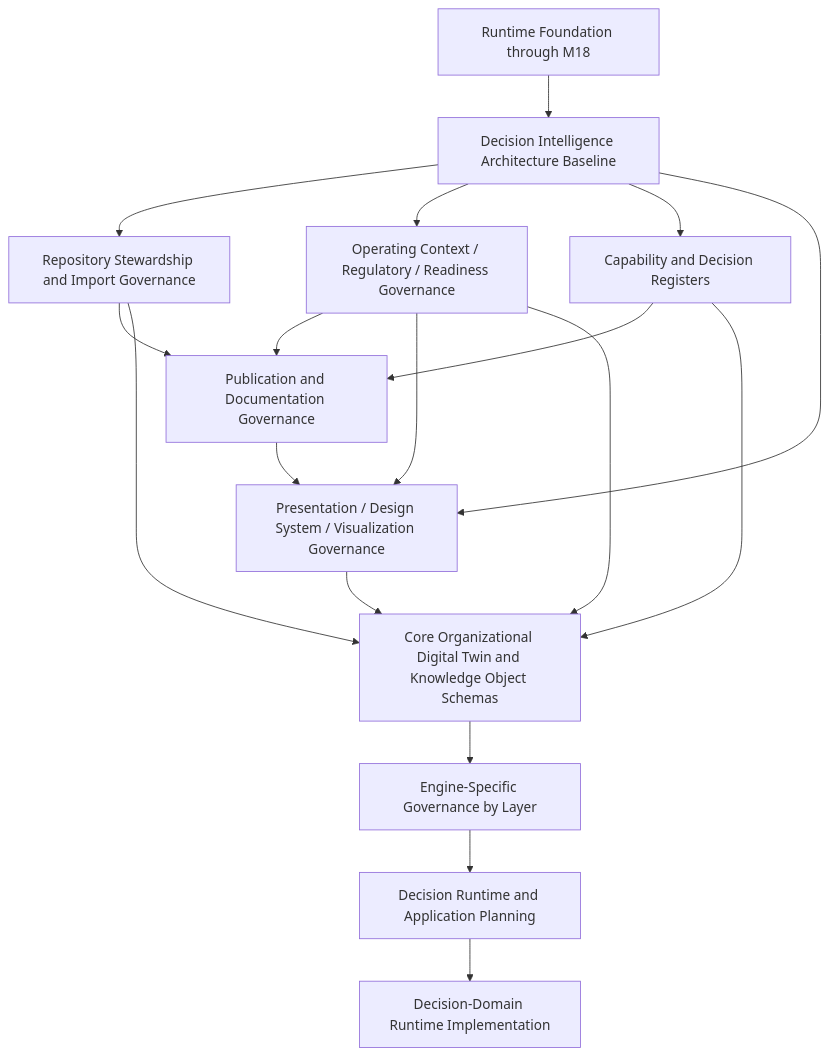
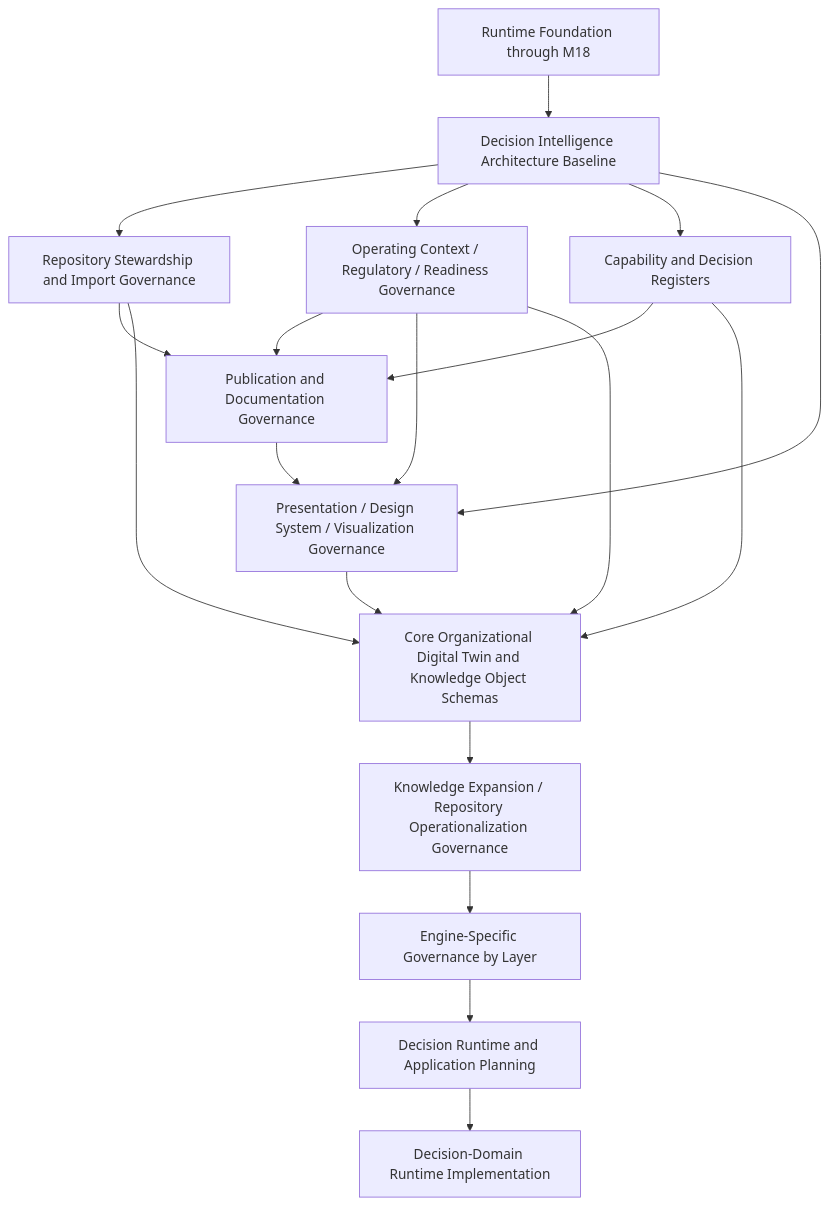
The diagram in Governance/Roadmap/AXI_Roadmap_v1.0.md (shawnfoster/AXI-Platform), drawn with Mermaid before and after one commit. The commit also changed other lines of this file and 6 other files, not shown here.

Commit message:
AI-049: publish knowledge expansion planning governance

````diff
--- a/Governance/Roadmap/AXI_Roadmap_v1.0.md
+++ b/Governance/Roadmap/AXI_Roadmap_v1.0.md
@@ -81,20 +86,21 @@
 ```mermaid
 flowchart TD
     R["Runtime Foundation through M18"] --> A["Decision Intelligence Architecture Baseline"]
     A --> S["Repository Stewardship and Import Governance"]
     A --> C["Operating Context / Regulatory / Readiness Governance"]
     A --> E["Capability and Decision Registers"]
     S --> P0["Publication and Documentation Governance"]
     C --> P0
     E --> P0
     P0 --> P1["Presentation / Design System / Visualization Governance"]
     A --> P1
     C --> P1
     P1 --> D["Core Organizational Digital Twin and Knowledge Object Schemas"]
     S --> D
     C --> D
     E --> D
-    D --> G["Engine-Specific Governance by Layer"]
+    D --> K["Knowledge Expansion / Repository Operationalization Governance"]
+    K --> G["Engine-Specific Governance by Layer"]
     G --> P["Decision Runtime and Application Planning"]
     P --> I["Decision-Domain Runtime Implementation"]
 ```
````
